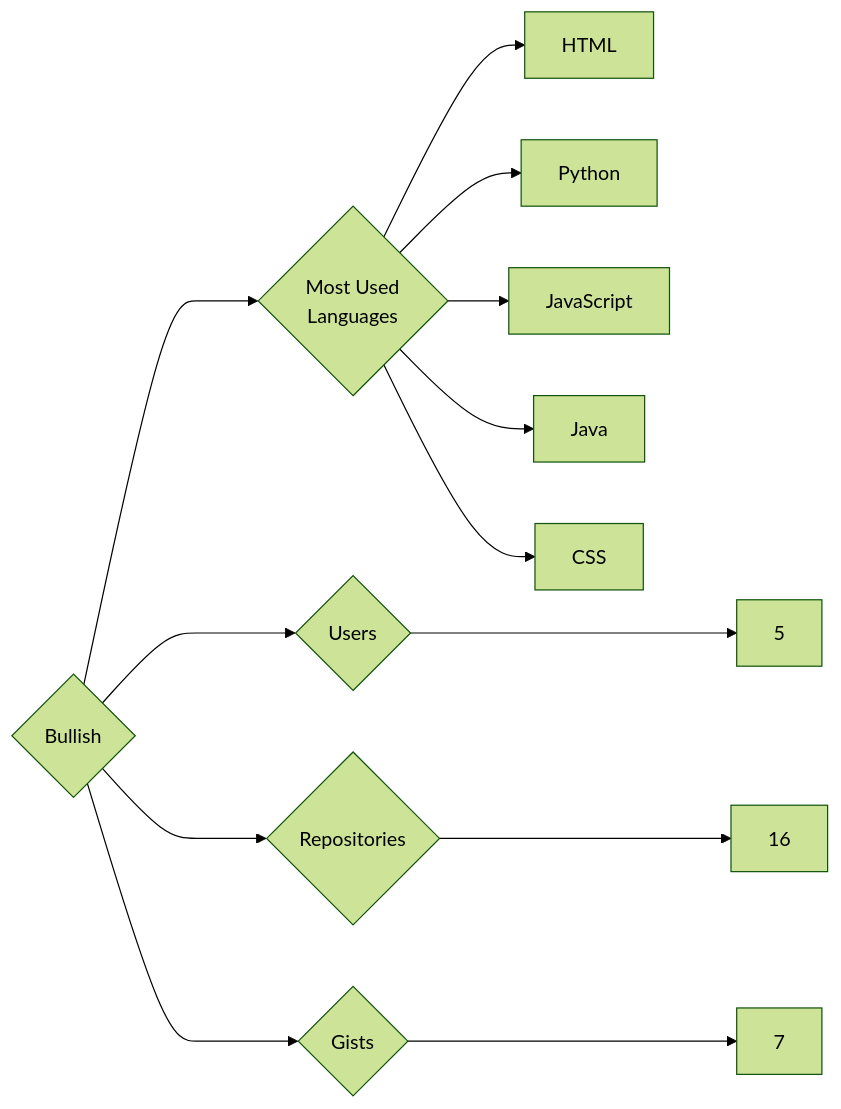
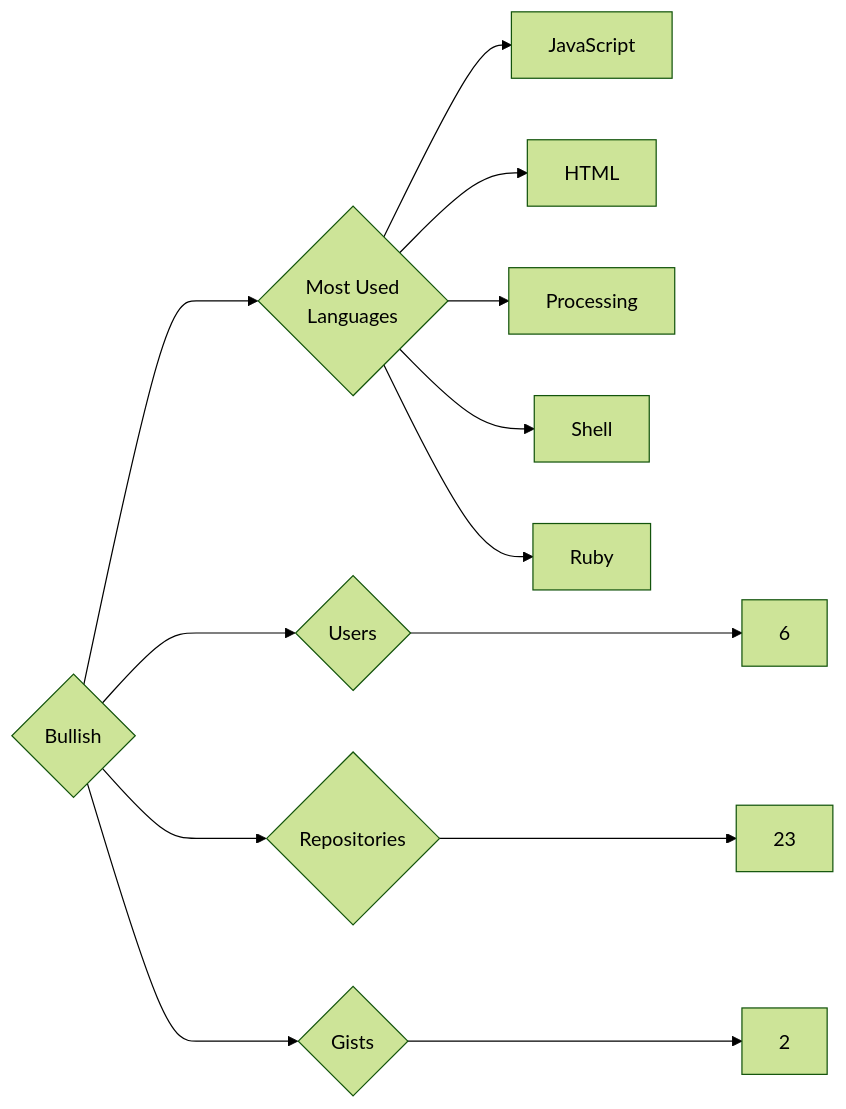
Before and after one commit to trickest/insiders: the diagram in targets/Bullish/README.md, drawn with Mermaid (forest theme). The commit also changed 715 other files, not shown here.

````diff
--- a/targets/Bullish/README.md
+++ b/targets/Bullish/README.md
@@ -3,13 +3,13 @@
 ```mermaid
 graph LR
 COMPANY_NAME{Bullish}
-COMPANY_NAME ---> U{Users} ---> UN[5]
-COMPANY_NAME ---> R{Repositories} ---> RN[16]
-COMPANY_NAME ---> G{Gists} ---> GN[7]
+COMPANY_NAME ---> U{Users} ---> UN[6]
+COMPANY_NAME ---> R{Repositories} ---> RN[23]
+COMPANY_NAME ---> G{Gists} ---> GN[2]
 COMPANY_NAME ---> ML{Most Used<br>Languages}
+ML --> JavaScript[JavaScript]
 ML --> HTML[HTML]
-ML --> Python[Python]
-ML --> JavaScript[JavaScript]
-ML --> Java[Java]
-ML --> CSS[CSS]
+ML --> Processing[Processing]
+ML --> Shell[Shell]
+ML --> Ruby[Ruby]
 ```
````
